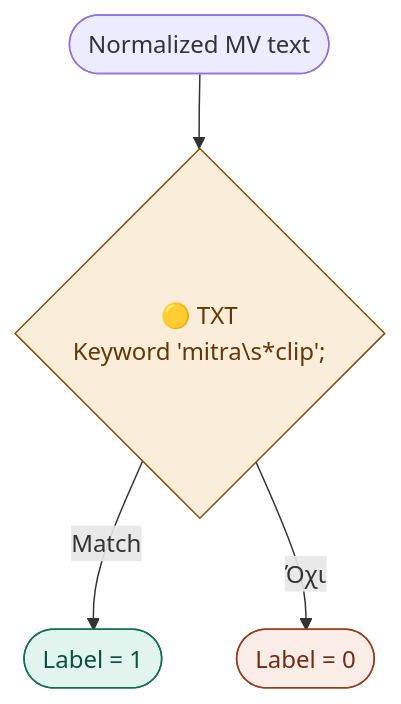
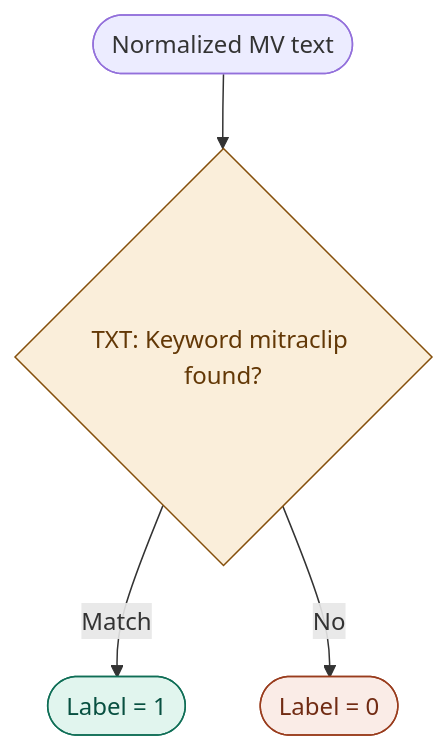
One commit to evatsioumani/Echo changed the sixth of 17 diagrams in BINARY_EXTRACTION.md. Above: the diagram before and after it, drawn with Mermaid. The commit also changed other lines of this file, not shown here.

````diff
--- a/BINARY_EXTRACTION.md
+++ b/BINARY_EXTRACTION.md
@@ -160,10 +162,10 @@
 ```mermaid
 flowchart TD
-    A([Normalized MV text]) --> B{🟡 TXT\nKeyword 'mitra\s*clip';}
+    A([Normalized MV text]) --> B{TXT: Keyword mitraclip found?}
     B -->|Match| Z1([Label = 1])
-    B -->|Όχι| Z0([Label = 0])
+    B -->|No| Z0([Label = 0])
 
     style Z1 fill:#E1F5EE,stroke:#0F6E56,color:#085041
     style Z0 fill:#FAECE7,stroke:#993C1D,color:#712B13
     style B fill:#FAEEDA,stroke:#854F0B,color:#633806
 ```
````
